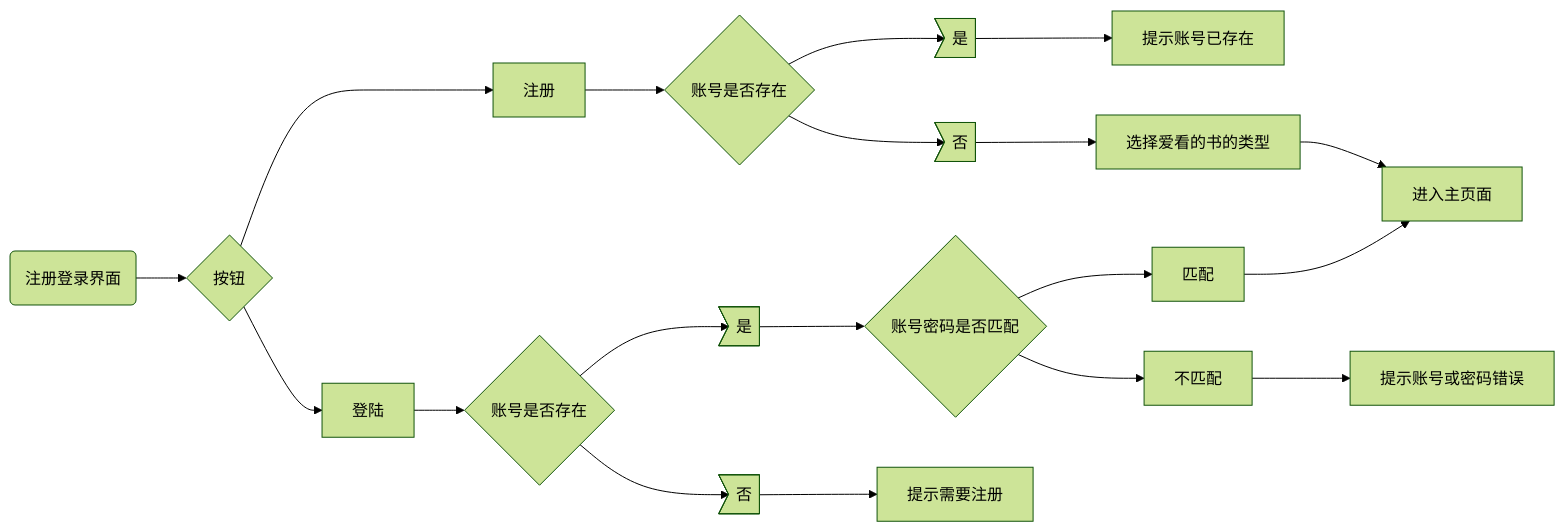
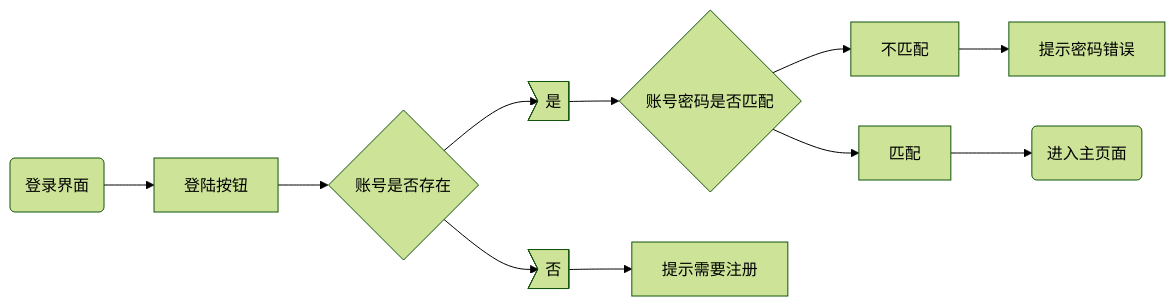
One commit to horacehht/DoubanBookRecommendSystem changed the first of 4 diagrams in 任务要求分析及分解.md. Above: the diagram before and after it, drawn with Mermaid (forest theme). The commit also changed other lines of this file and 6 other files, not shown here.

````diff
--- a/任务要求分析及分解.md
+++ b/任务要求分析及分解.md
@@ -77,8 +77,7 @@
 ```mermaid
 graph LR
-    start(注册登录界面)-->btnclicked{按钮}-->注册-->judge1{账号是否存在}-->yes1>是]-->提示账号已存在
-    judge1-->no1>否]-->选择爱看的书的类型-->进入主页面
-    btnclicked-->登陆-->judge2{账号是否存在}-->yes2>是]-->namepwd{账号密码是否匹配}-->不匹配-->提示账号或密码错误
-    namepwd-->匹配-->进入主页面
+    start(登录界面)-->登陆按钮-->judge2{账号是否存在}-->yes2>是]-->namepwd{账号密码是否匹配}-->不匹配-->提示密码错误
+    namepwd-->匹配-->main(进入主页面)
     judge2-->no2>否]-->提示需要注册
+    
 ```
````
